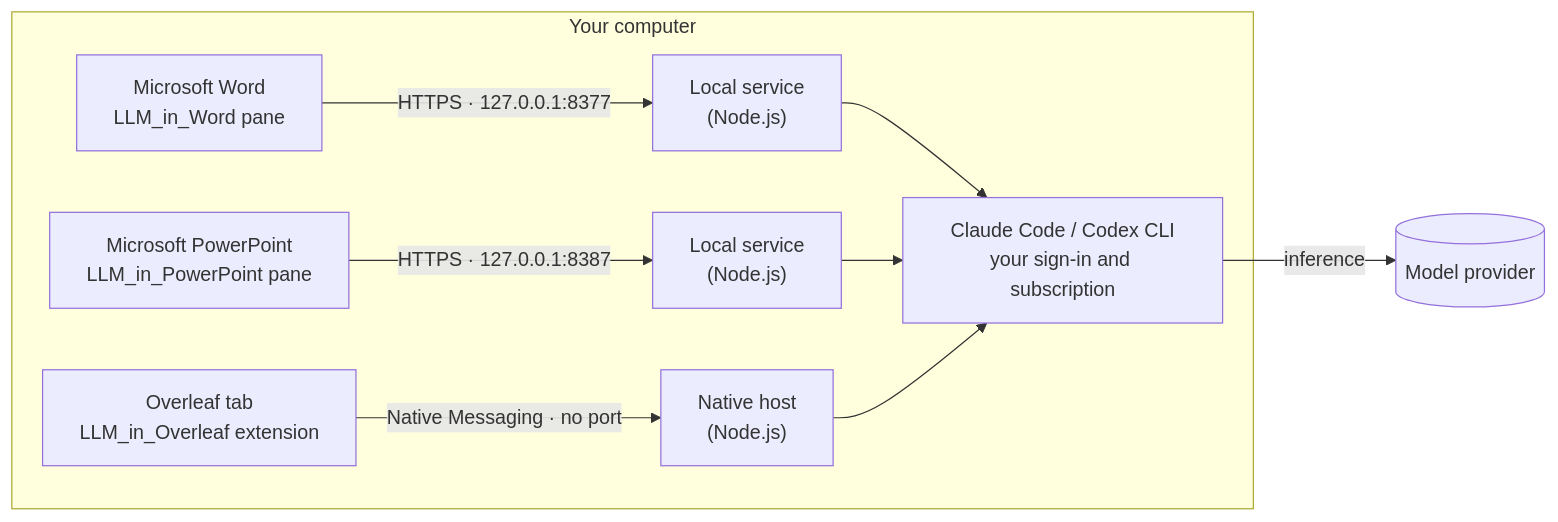
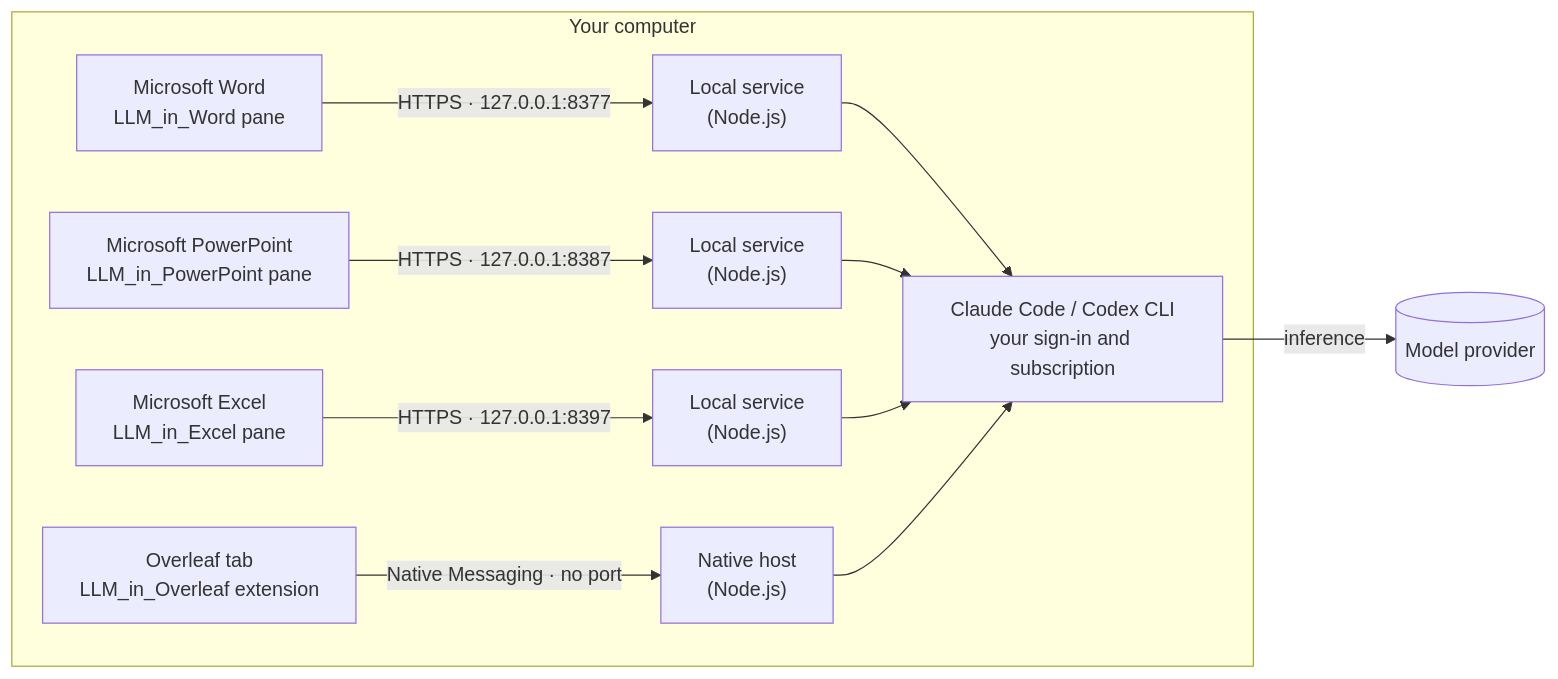
One commit to ZJU-OmniAI/LLM_in_Work changed the diagram in README.md. Above: the diagram before and after it, drawn with Mermaid. The commit also changed other lines of this file and 59 other files, not shown here.

First line of the commit message:
Add LLM_in_Excel for editing cells with formats and data types kept

````diff
--- a/README.md
+++ b/README.md
@@ -80,12 +89,14 @@
 ```mermaid
 flowchart LR
   subgraph PC["Your computer"]
     W["Microsoft Word<br/>LLM_in_Word pane"] -- "HTTPS · 127.0.0.1:8377" --> S["Local service<br/>(Node.js)"]
     PP["Microsoft PowerPoint<br/>LLM_in_PowerPoint pane"] -- "HTTPS · 127.0.0.1:8387" --> SP["Local service<br/>(Node.js)"]
+    X["Microsoft Excel<br/>LLM_in_Excel pane"] -- "HTTPS · 127.0.0.1:8397" --> SX["Local service<br/>(Node.js)"]
     O["Overleaf tab<br/>LLM_in_Overleaf extension"] -- "Native Messaging · no port" --> H["Native host<br/>(Node.js)"]
     S --> C["Claude Code / Codex CLI<br/>your sign-in and subscription"]
     SP --> C
+    SX --> C
     H --> C
   end
   C -- "inference" --> P[("Model provider")]
 ```
````
